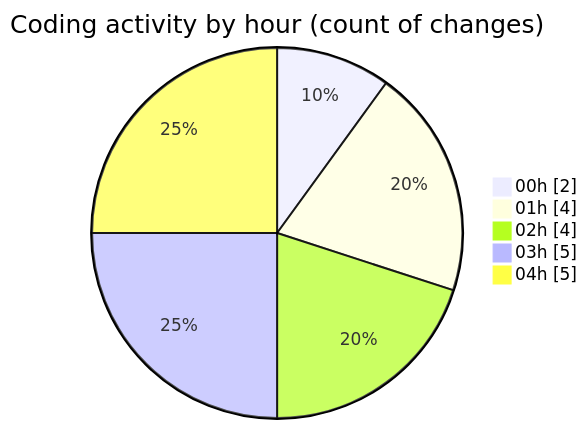
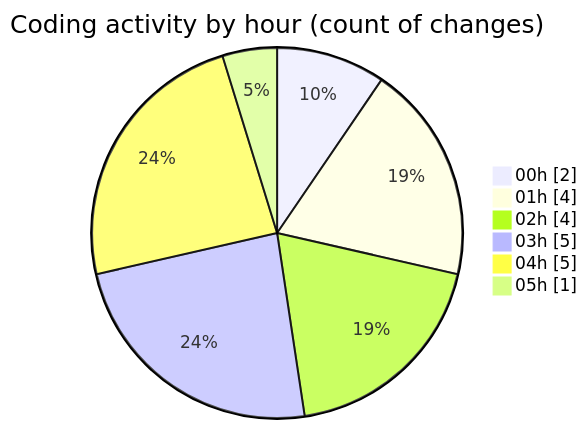
One commit to lephambinh05/code-tracking changed the second of 2 diagrams in 2025-08-08/studybuddy/README.md. Above: the diagram before and after it, drawn with Mermaid. The commit also changed other lines of this file and 1 other file, not shown here.

````diff
--- a/2025-08-08/studybuddy/README.md
+++ b/2025-08-08/studybuddy/README.md
@@ -36,9 +36,10 @@
 ```mermaid
 pie showData
 title Coding activity by hour (count of changes)
 "00h" : 2
 "01h" : 4
 "02h" : 4
 "03h" : 5
 "04h" : 5
+"05h" : 1
 ```
````
